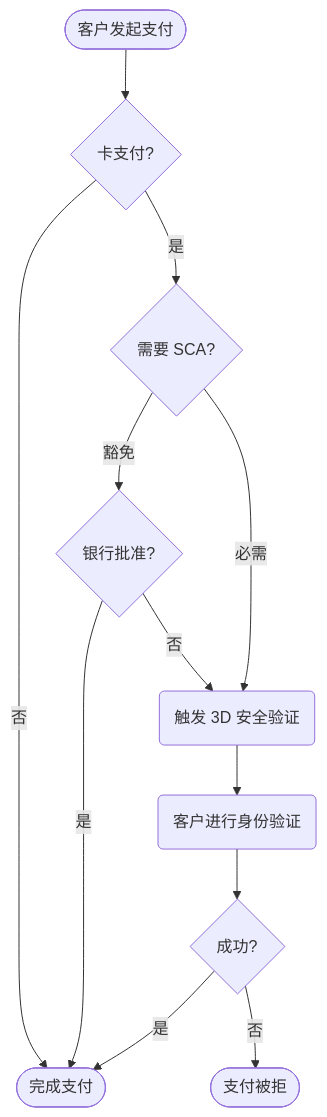
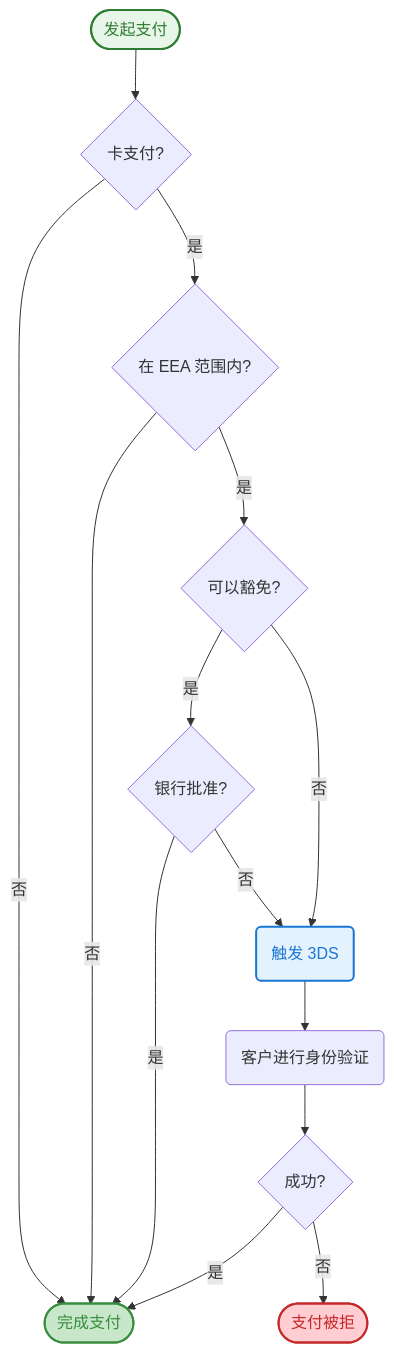
One commit to onerway/onerway-docs-next changed the diagram in content/zh_cn/2.payments/2.payment-operations/compliance-and-security/1.index.md. Above: the diagram before and after it, drawn with Mermaid. The commit also changed other lines of this file and 1 other file, not shown here.

First line of the commit message:
docs(compliance-and-security): 翻译并更新中文 SCA 文档

````diff
--- a/content/zh_cn/2.payments/2.payment-operations/compliance-and-security/1.index.md
+++ b/content/zh_cn/2.payments/2.payment-operations/compliance-and-security/1.index.md
@@ -45,14 +43,21 @@
 ```mermaid
 flowchart TD
-    A([客户发起支付]) --> B{卡支付?}
+    A([发起支付]) --> B{卡支付?}
     B -->|否| C([完成支付])
-    B -->|是| D{需要 SCA?}
-    D -->|豁免| E{银行批准?}
-    D -->|必需| F(触发 3D 安全验证)
-    E -->|是| C
-    E -->|否| F
-    F --> G(客户进行身份验证)
-    G --> H{成功?}
-    H -->|是| C
-    H -->|否| I([支付被拒])
+    B -->|是| D{在 EEA 范围内?}
+    D -->|否| C
+    D -->|是| E{可以豁免?}
+    E -->|是| F{银行批准?}
+    E -->|否| G(触发 3DS)
+    F -->|是| C
+    F -->|否| G
+    G --> H(客户进行身份验证)
+    H --> I{成功?}
+    I -->|是| C
+    I -->|否| J([支付被拒])
+    
+    style A fill:#e8f5e9,stroke:#2e7d32,stroke-width:2px,color:#2e7d32
+    style C fill:#c8e6c9,stroke:#388e3c,stroke-width:2px,color:#388e3c
+    style G fill:#e3f2fd,stroke:#1976d2,stroke-width:2px,color:#1976d2
+    style J fill:#ffcdd2,stroke:#c62828,stroke-width:2px,color:#c62828
 ```
````
